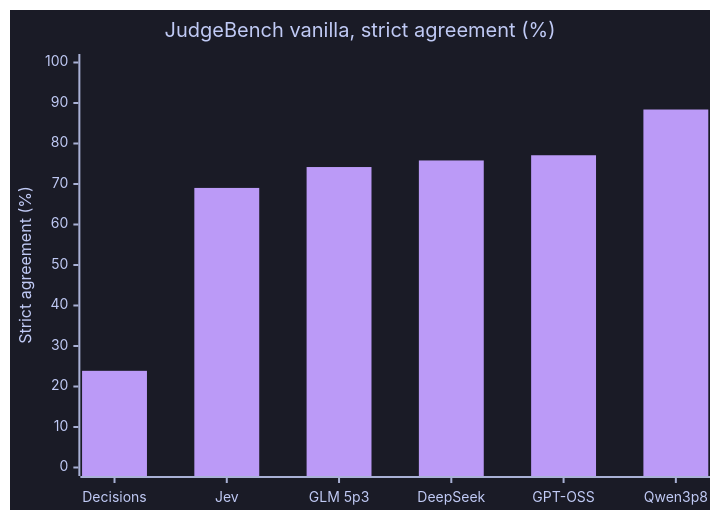
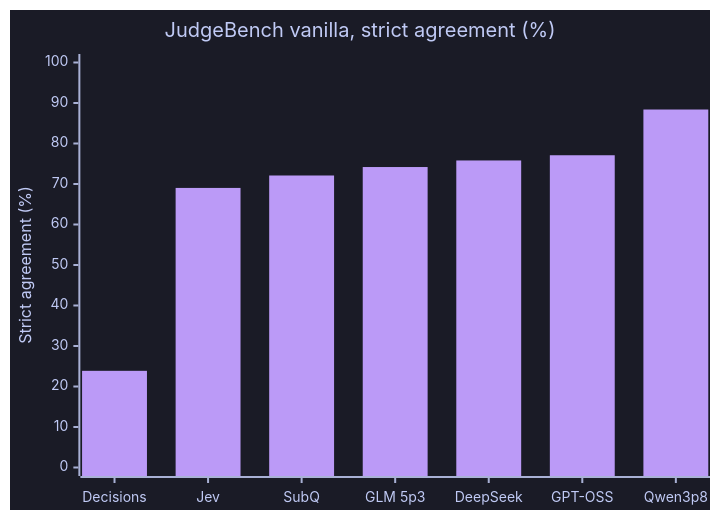
The second of 2 diagrams in experiments/jev-vs-LLM-for-evals/README.md (dorkitude/decision-model-testing), drawn with Mermaid before and after one commit. The commit also changed other lines of this file and 57 other files, not shown here.

````diff
--- a/experiments/jev-vs-LLM-for-evals/README.md
+++ b/experiments/jev-vs-LLM-for-evals/README.md
@@ -77,8 +69,8 @@
 ```mermaid
 %%{init: {"theme": "base", "themeVariables": {"background": "#1a1b26", "xyChart": {"backgroundColor": "#1a1b26", "titleColor": "#c0caf5", "xAxisLabelColor": "#c0caf5", "xAxisTitleColor": "#c0caf5", "xAxisLineColor": "#a9b1d6", "xAxisTickColor": "#a9b1d6", "yAxisLabelColor": "#c0caf5", "yAxisTitleColor": "#c0caf5", "yAxisLineColor": "#a9b1d6", "yAxisTickColor": "#a9b1d6", "plotColorPalette": "#bb9af7"}}}}%%
 xychart-beta
     title "JudgeBench vanilla, strict agreement (%)"
-    x-axis ["Decisions", "Jev", "GLM 5p3", "DeepSeek", "GPT-OSS", "Qwen3p8"]
+    x-axis ["Decisions", "Jev", "SubQ", "GLM 5p3", "DeepSeek", "GPT-OSS", "Qwen3p8"]
     y-axis "Strict agreement (%)" 0 --> 100
-    bar [23.87, 69.03, 74.19, 75.81, 77.10, 88.39]
+    bar [23.87, 69.03, 72.10, 74.19, 75.81, 77.10, 88.39]
 ```
````
